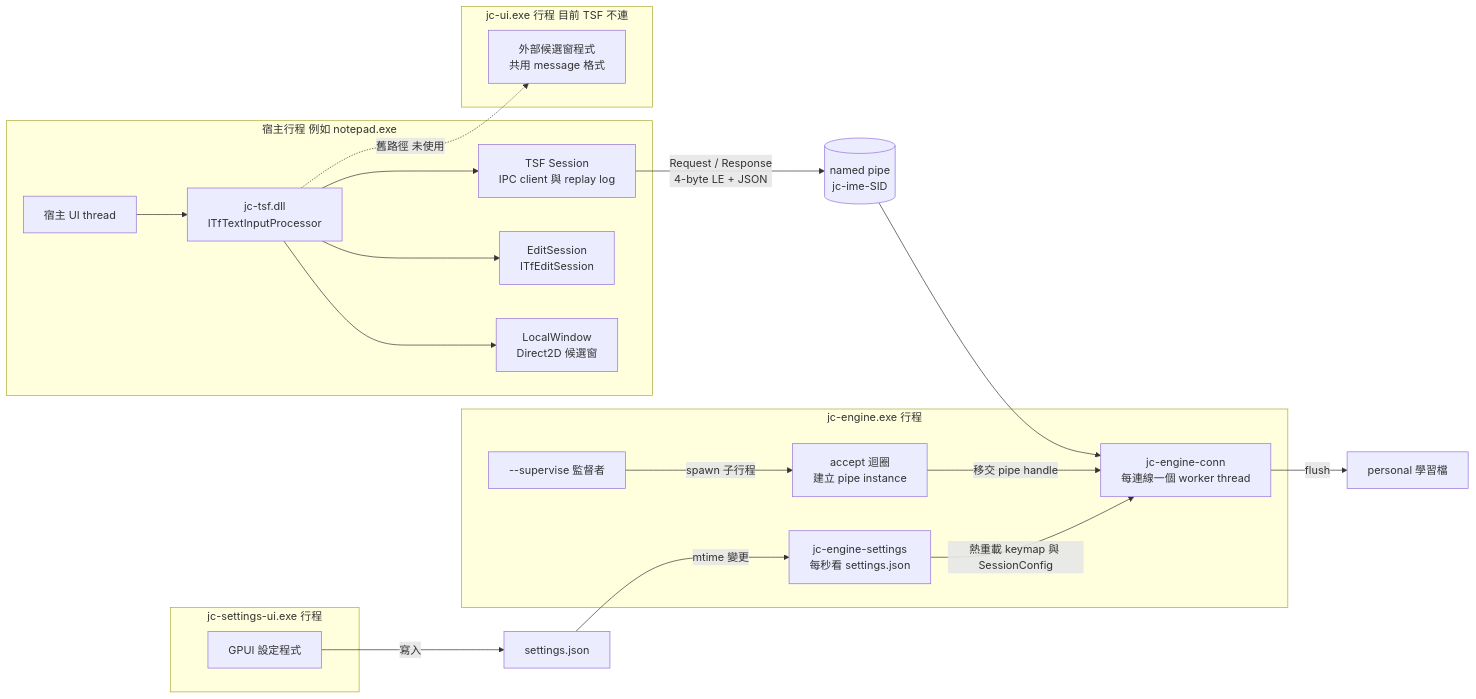
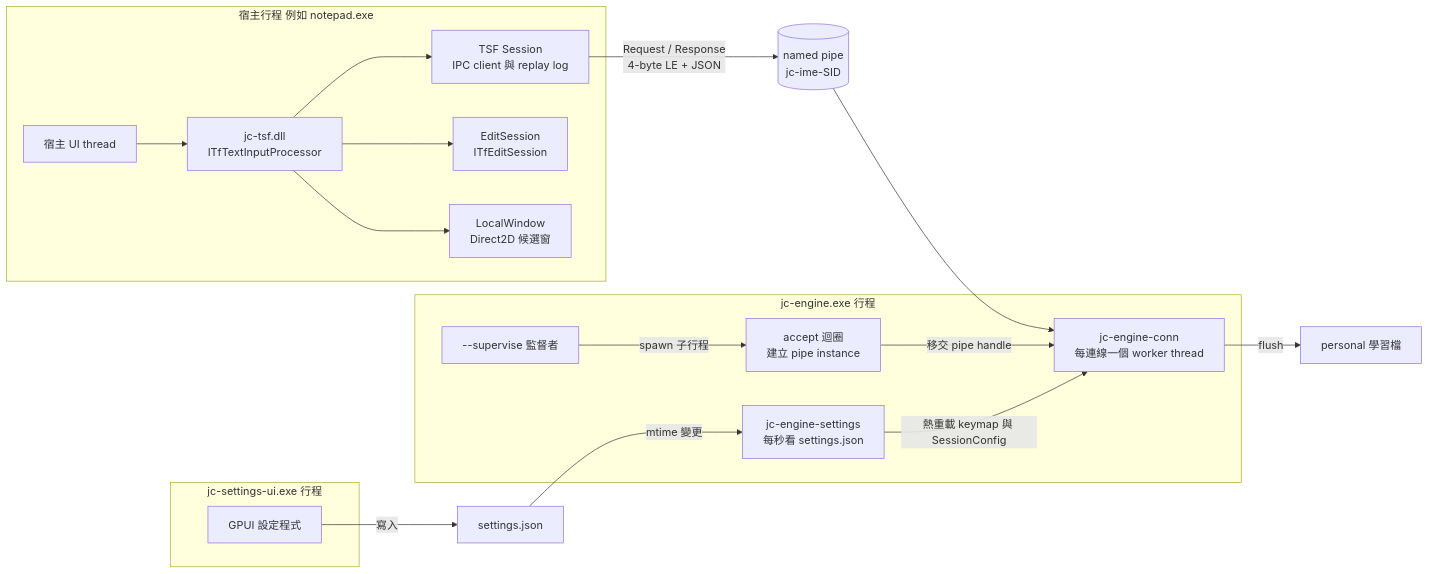
The first of 13 diagrams in docs/port/event-flows.md (jeffpeng3/jc-ime), drawn with Mermaid before and after one commit. The commit also changed other lines of this file and 19 other files, not shown here.

````diff
--- a/docs/port/event-flows.md
+++ b/docs/port/event-flows.md
@@ -17,43 +17,38 @@
 ```mermaid
 flowchart LR
     subgraph HostProc["宿主行程 例如 notepad.exe"]
         HostThread["宿主 UI thread"]
         TSF["jc-tsf.dll<br/>ITfTextInputProcessor"]
         TSession["TSF Session<br/>IPC client 與 replay log"]
         EditSession["EditSession<br/>ITfEditSession"]
         LocalWindow["LocalWindow<br/>Direct2D 候選窗"]
     end
 
     subgraph EngineProc["jc-engine.exe 行程"]
         Supervisor["--supervise 監督者"]
         Accept["accept 迴圈<br/>建立 pipe instance"]
         Conn["jc-engine-conn<br/>每連線一個 worker thread"]
         SettingsWatch["jc-engine-settings<br/>每秒看 settings.json"]
     end
 
     subgraph SettingsProc["jc-settings-ui.exe 行程"]
         SettingsUI["GPUI 設定程式"]
     end
 
-    subgraph UIProc["jc-ui.exe 行程 目前 TSF 不連"]
-        UIProcess["外部候選窗程式<br/>共用 message 格式"]
-    end
-
     Pipe[("named pipe<br/>jc-ime-SID")]
     SettingsFile["settings.json"]
     PersonalFile["personal 學習檔"]
 
     HostThread --> TSF
     TSF --> TSession
     TSF --> EditSession
     TSF --> LocalWindow
     TSession -->|"Request / Response<br/>4-byte LE + JSON"| Pipe
     Pipe --> Conn
     Supervisor -->|"spawn 子行程"| Accept
     Accept -->|"移交 pipe handle"| Conn
     SettingsUI -->|"寫入"| SettingsFile
     SettingsFile -->|"mtime 變更"| SettingsWatch
     SettingsWatch -->|"熱重載 keymap 與 SessionConfig"| Conn
     Conn -->|"flush"| PersonalFile
-    TSF -.->|"舊路徑 未使用"| UIProcess
 ```
````
